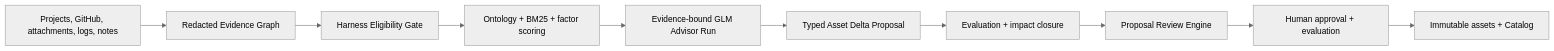
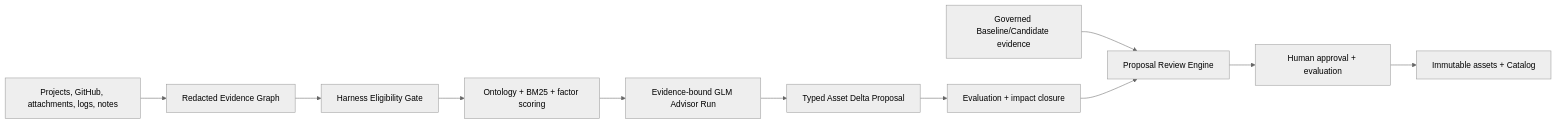
One commit to yeliang-wang/evopilot-harness changed the diagram in README.md. Above: the diagram before and after it, drawn with Mermaid (neutral theme). The commit also changed other lines of this file and 85 other files, not shown here.

````diff
--- a/README.md
+++ b/README.md
@@ -85,12 +99,13 @@
 ```mermaid
 flowchart LR
   Sources["Projects, GitHub, attachments, logs, notes"] --> Graph["Redacted Evidence Graph"]
   Graph --> Gate["Harness Eligibility Gate"]
   Gate --> Match["Ontology + BM25 + factor scoring"]
   Match --> Advisor["Evidence-bound GLM Advisor Run"]
   Advisor --> Proposal["Typed Asset Delta Proposal"]
   Proposal --> Closure["Evaluation + impact closure"]
+  Comparison["Governed Baseline/Candidate evidence"] --> Review
   Closure --> Review["Proposal Review Engine"]
   Review --> Human["Human approval + evaluation"]
   Human --> Catalog["Immutable assets + Catalog"]
 ```
````
